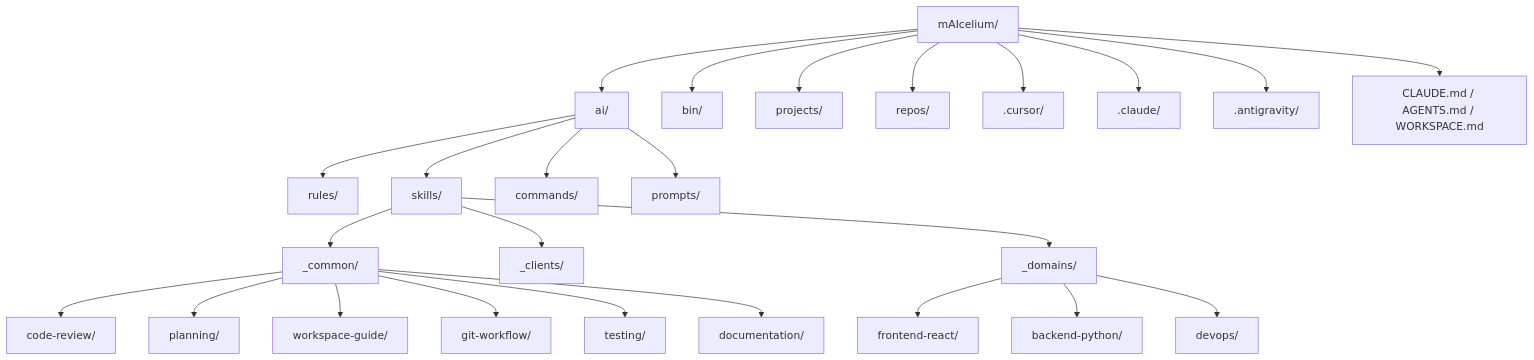
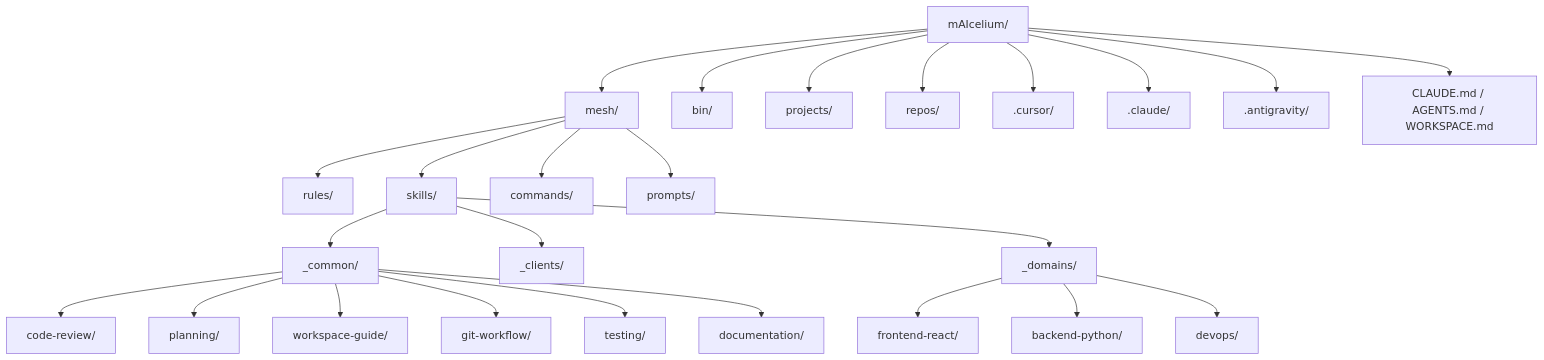
Before and after one commit to samartined/mAIcelium: the first of 4 diagrams in docs/architecture.md, drawn with Mermaid. The commit also changed other lines of this file and 44 other files, not shown here.

````diff
--- a/docs/architecture.md
+++ b/docs/architecture.md
@@ -23,31 +23,31 @@
 ```mermaid
 graph TD
-    Root["mAIcelium/"] --> AI["ai/"]
+    Root["mAIcelium/"] --> Mesh["mesh/"]
     Root --> Bin["bin/"]
     Root --> Projects["projects/"]
     Root --> Repos["repos/"]
     Root --> CursorDir[".cursor/"]
     Root --> ClaudeDir[".claude/"]
     Root --> AntigravityDir[".antigravity/"]
     Root --> ConfigFiles["CLAUDE.md / AGENTS.md / WORKSPACE.md"]
 
-    AI --> Rules["rules/"]
-    AI --> Skills["skills/"]
-    AI --> Commands["commands/"]
-    AI --> Prompts["prompts/"]
+    Mesh --> Rules["rules/"]
+    Mesh --> Skills["skills/"]
+    Mesh --> Commands["commands/"]
+    Mesh --> Prompts["prompts/"]
 
     Skills --> Common["_common/"]
     Skills --> Clients["_clients/"]
     Skills --> Domains["_domains/"]
 
     Common --> CodeReview["code-review/"]
     Common --> Planning["planning/"]
     Common --> WorkspaceGuide["workspace-guide/"]
     Common --> GitWorkflow["git-workflow/"]
     Common --> Testing["testing/"]
     Common --> Documentation["documentation/"]
 
     Domains --> FrontendReact["frontend-react/"]
     Domains --> BackendPython["backend-python/"]
     Domains --> DevOps["devops/"]
 ```
````
